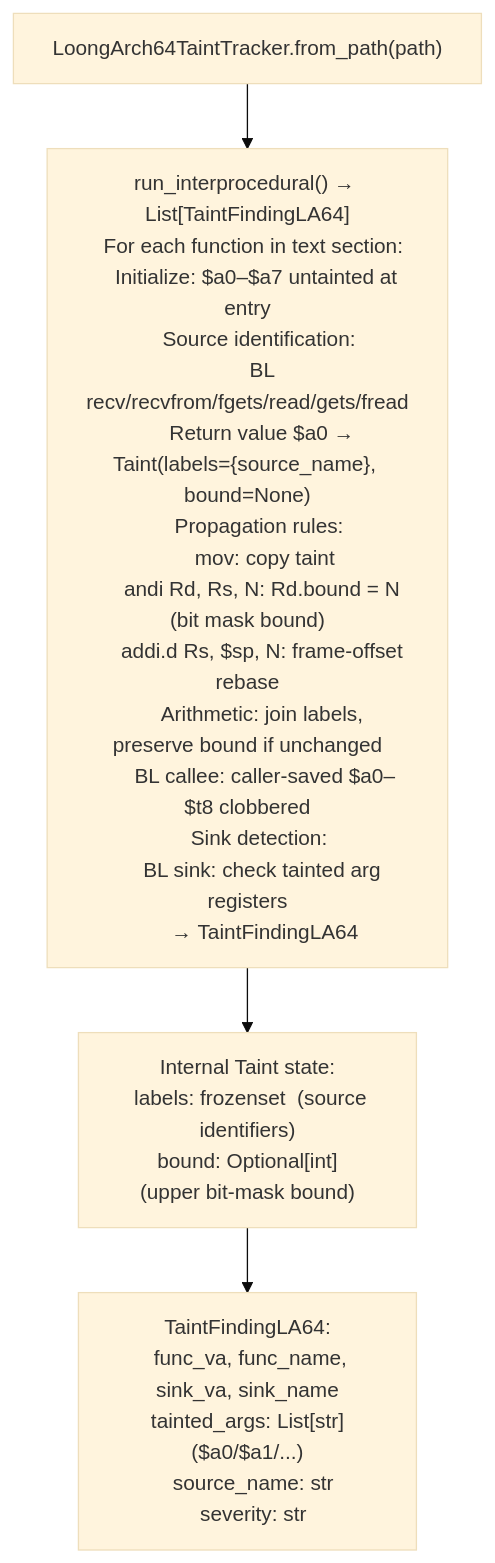
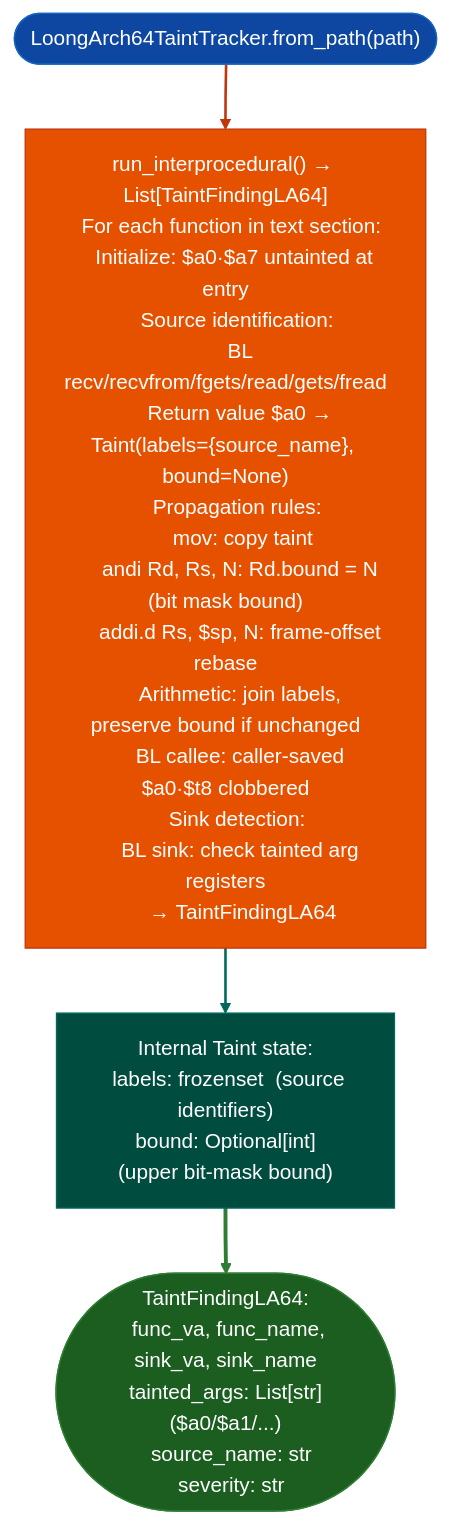
The diagram in docs/reference-modules/taint-analysis-2.md (Ablation-Tool/ablation), drawn with Mermaid (base theme) before and after one commit. The commit also changed 320 other files, not shown here.

First line of the commit message:
docs: apply canonical Mermaid template to all 321 diagrams

````diff
--- a/docs/reference-modules/taint-analysis-2.md
+++ b/docs/reference-modules/taint-analysis-2.md
@@ -19,6 +19,15 @@
 ```mermaid
 flowchart TD
-    A["LoongArch64TaintTracker.from_path(path)"] --> B["run_interprocedural() → List[TaintFindingLA64]\n  For each function in text section:\n    Initialize: $a0–$a7 untainted at entry\n    Source identification:\n      BL recv/recvfrom/fgets/read/gets/fread\n      Return value $a0 → Taint(labels={source_name}, bound=None)\n    Propagation rules:\n      mov: copy taint\n      andi Rd, Rs, N: Rd.bound = N (bit mask bound)\n      addi.d Rs, $sp, N: frame-offset rebase\n      Arithmetic: join labels, preserve bound if unchanged\n      BL callee: caller-saved $a0–$t8 clobbered\n    Sink detection:\n      BL sink: check tainted arg registers\n      → TaintFindingLA64"]
-    B --> C["Internal Taint state:\n  labels: frozenset  (source identifiers)\n  bound: Optional[int]  (upper bit-mask bound)"]
-    C --> D["TaintFindingLA64:\n  func_va, func_name, sink_va, sink_name\n  tainted_args: List[str]  ($a0/$a1/...)\n  source_name: str\n  severity: str"]
+    A(["LoongArch64TaintTracker.from_path(path)"]):::input --> B["run_interprocedural() → List[TaintFindingLA64]\n  For each function in text section:\n    Initialize: $a0·$a7 untainted at entry\n    Source identification:\n      BL recv/recvfrom/fgets/read/gets/fread\n      Return value $a0 → Taint(labels={source_name}, bound=None)\n    Propagation rules:\n      mov: copy taint\n      andi Rd, Rs, N: Rd.bound = N (bit mask bound)\n      addi.d Rs, $sp, N: frame-offset rebase\n      Arithmetic: join labels, preserve bound if unchanged\n      BL callee: caller-saved $a0·$t8 clobbered\n    Sink detection:\n      BL sink: check tainted arg registers\n      → TaintFindingLA64"]:::primary
+    B:::primary --> C["Internal Taint state:\n  labels: frozenset  (source identifiers)\n  bound: Optional[int]  (upper bit-mask bound)"]:::secondary
+    C:::secondary --> D(["TaintFindingLA64:\n  func_va, func_name, sink_va, sink_name\n  tainted_args: List[str]  ($a0/$a1/...)\n  source_name: str\n  severity: str"]):::output
+    classDef input     fill:#0d47a1,stroke:#1565c0,color:#fff
+    classDef primary   fill:#e65100,stroke:#bf360c,color:#fff
+    classDef secondary fill:#004d40,stroke:#00695c,color:#fff
+    classDef tertiary  fill:#4a148c,stroke:#6a1b9a,color:#fff
+    classDef neutral   fill:#37474f,stroke:#546e7a,color:#fff
+    classDef output    fill:#1b5e20,stroke:#2e7d32,color:#fff
+    linkStyle 0 stroke:#bf360c,stroke-width:2px
+    linkStyle 1 stroke:#00695c,stroke-width:2px
+    linkStyle 2 stroke:#2e7d32,stroke-width:3px
 ```
````
